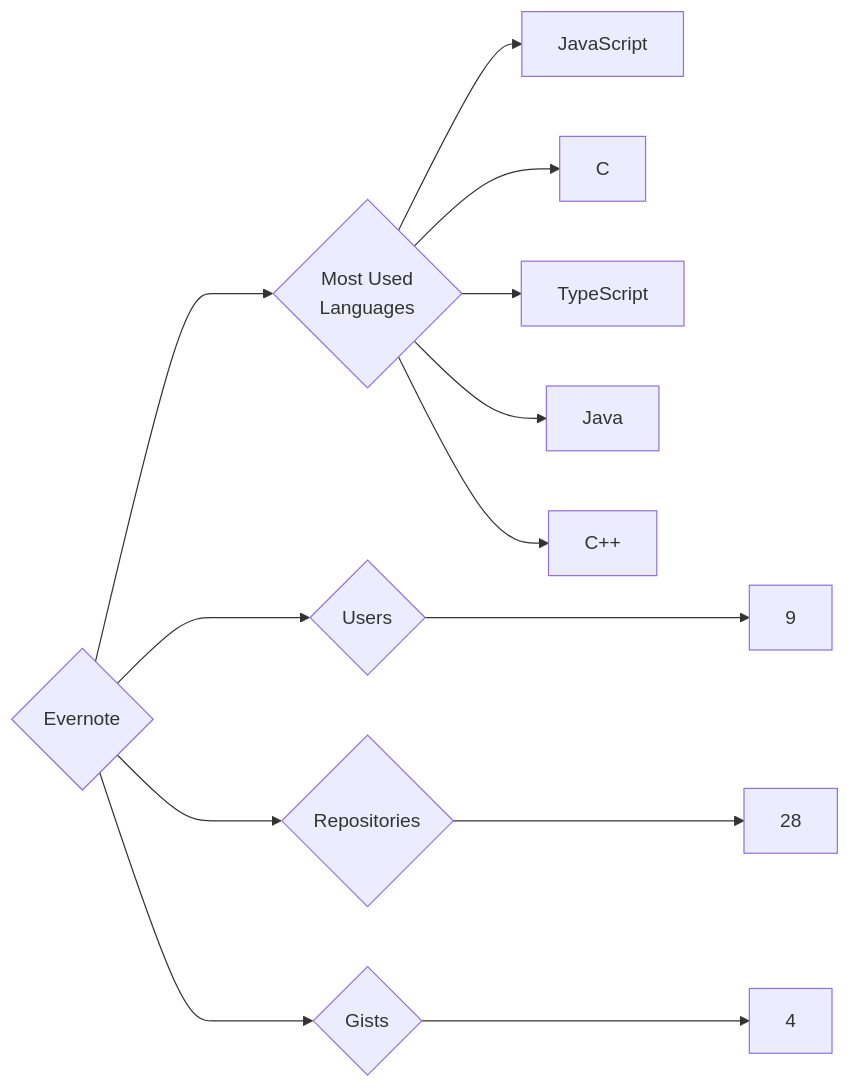
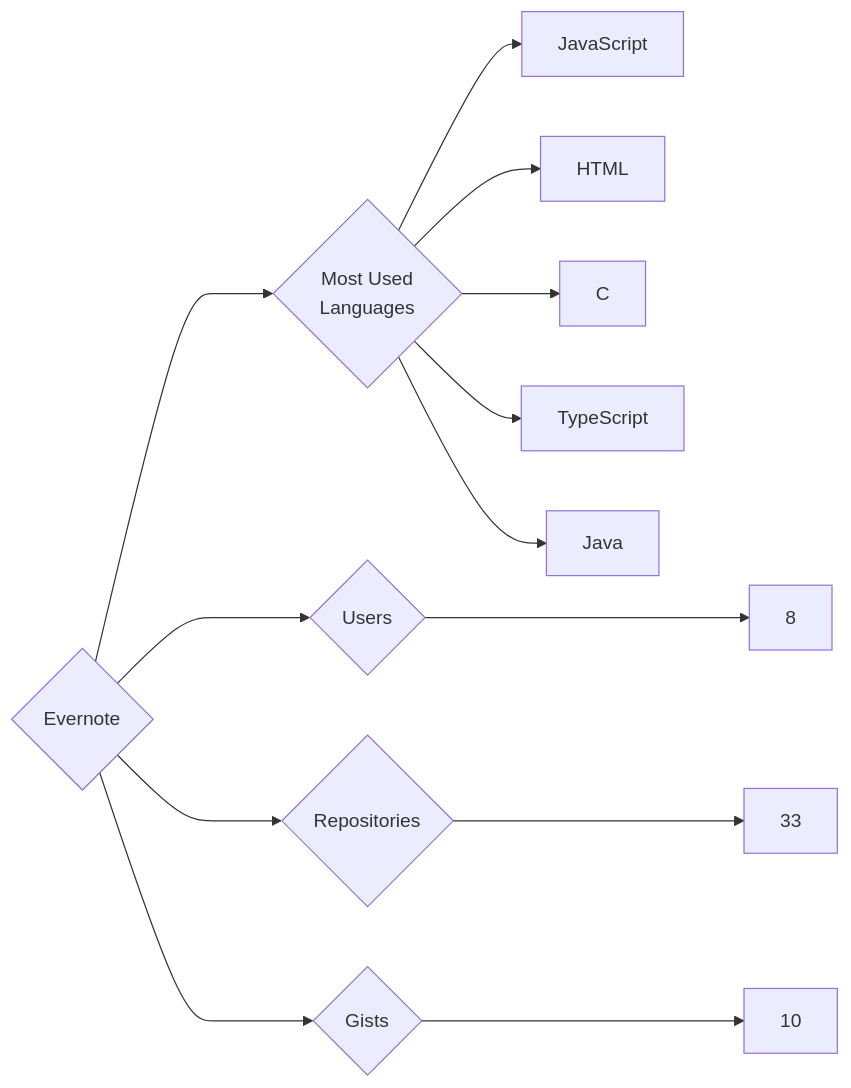
Before and after one commit to trickest/insiders: the diagram in targets/Evernote/README.md, drawn with Mermaid. The commit also changed 1149 other files, not shown here.

````diff
--- a/targets/Evernote/README.md
+++ b/targets/Evernote/README.md
@@ -3,13 +3,13 @@
 ```mermaid
 graph LR
 COMPANY_NAME{Evernote}
-COMPANY_NAME ---> U{Users} ---> UN[9]
-COMPANY_NAME ---> R{Repositories} ---> RN[28]
-COMPANY_NAME ---> G{Gists} ---> GN[4]
+COMPANY_NAME ---> U{Users} ---> UN[8]
+COMPANY_NAME ---> R{Repositories} ---> RN[33]
+COMPANY_NAME ---> G{Gists} ---> GN[10]
 COMPANY_NAME ---> ML{Most Used<br>Languages}
 ML --> JavaScript[JavaScript]
+ML --> HTML[HTML]
 ML --> C[C]
 ML --> TypeScript[TypeScript]
 ML --> Java[Java]
-ML --> C++[C++]
 ```
````
